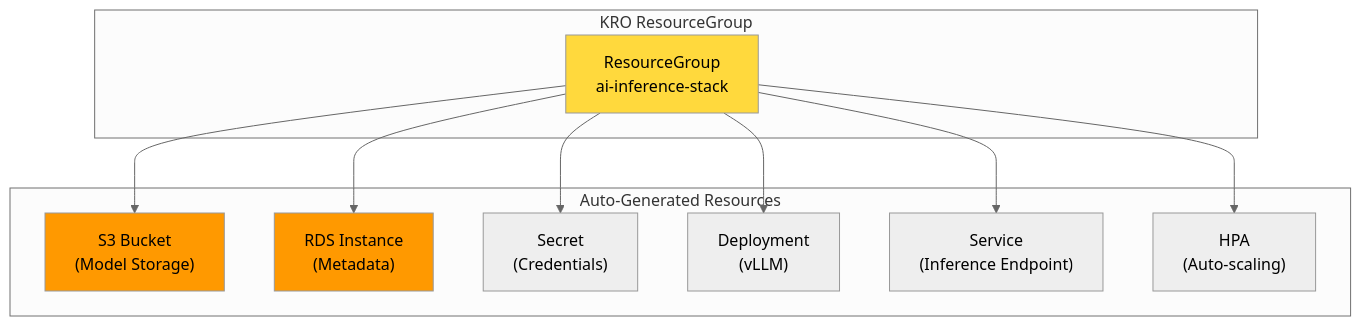
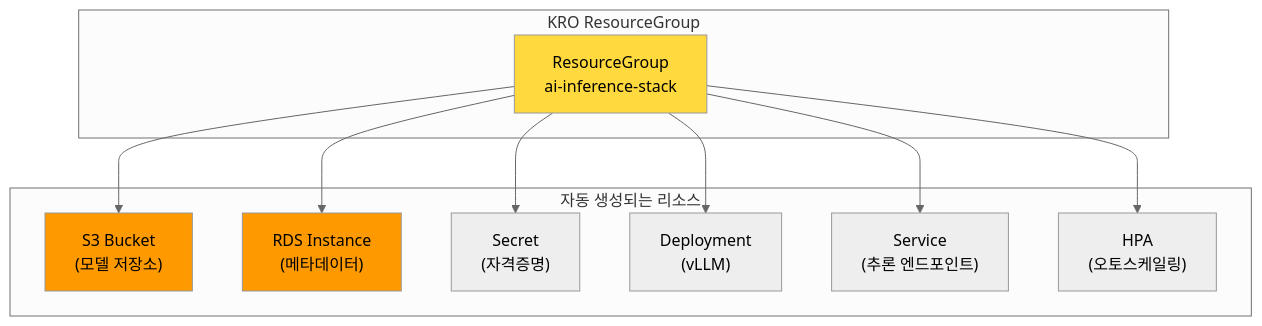
Before and after one commit to devfloor9/engineering-playbook: the eighth of 11 diagrams in i18n/en/docusaurus-plugin-content-docs/current/agentic-ai-platform/design-architecture/agentic-ai-solutions-eks.md, drawn with Mermaid (neutral theme). The commit also changed other lines of this file and 6 other files, not shown here.

````diff
--- a/i18n/en/docusaurus-plugin-content-docs/current/agentic-ai-platform/design-architecture/agentic-ai-solutions-eks.md
+++ b/i18n/en/docusaurus-plugin-content-docs/current/agentic-ai-platform/design-architecture/agentic-ai-solutions-eks.md
@@ -567,21 +506,21 @@
 ```mermaid
 graph TB
     subgraph "KRO ResourceGroup"
         RG["ResourceGroup<br/>ai-inference-stack"]
     end
 
-    subgraph "Auto-Generated Resources"
-        S3B["S3 Bucket<br/>(Model Storage)"]
-        RDS["RDS Instance<br/>(Metadata)"]
-        SEC["Secret<br/>(Credentials)"]
+    subgraph "자동 생성되는 리소스"
+        S3B["S3 Bucket<br/>(모델 저장소)"]
+        RDS["RDS Instance<br/>(메타데이터)"]
+        SEC["Secret<br/>(자격증명)"]
         DEP["Deployment<br/>(vLLM)"]
-        SVC["Service<br/>(Inference Endpoint)"]
-        HPA["HPA<br/>(Auto-scaling)"]
+        SVC["Service<br/>(추론 엔드포인트)"]
+        HPA["HPA<br/>(오토스케일링)"]
     end
 
     RG --> S3B & RDS & SEC & DEP & SVC & HPA
 
     style RG fill:#ffd93d
     style S3B fill:#ff9900
     style RDS fill:#ff9900
 ```
````
